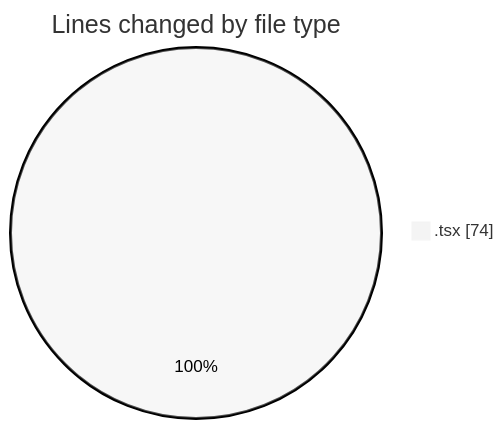
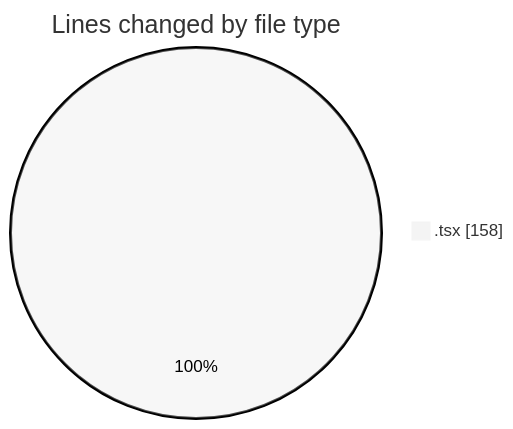
One commit to momahboobian/code-tracking changed the first of 2 diagrams in 2025-11-18/cda/README.md. Above: the diagram before and after it, drawn with Mermaid (neutral theme). The commit also changed other lines of this file and 1 other file, not shown here.

````diff
--- a/2025-11-18/cda/README.md
+++ b/2025-11-18/cda/README.md
@@ -21,5 +21,5 @@
 ```mermaid
 pie showData
 title Lines changed by file type
-".tsx" : 74
+".tsx" : 158
 ```
````
